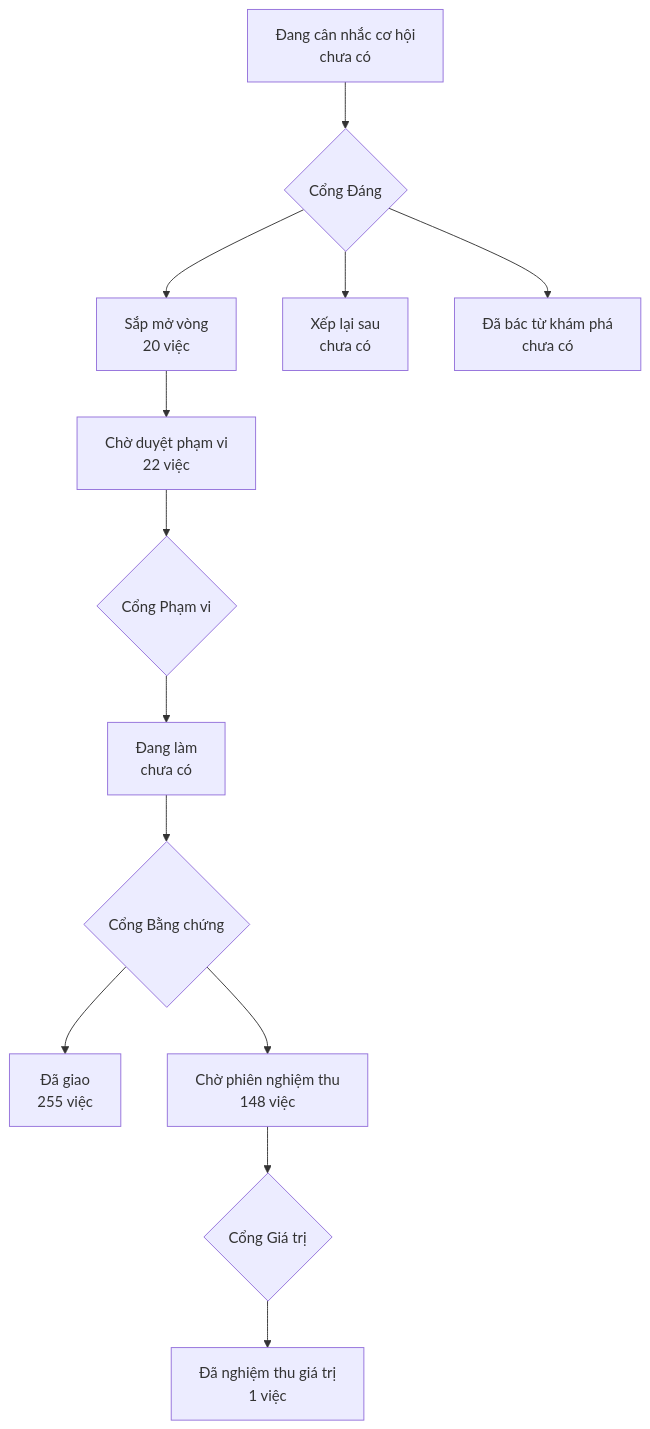
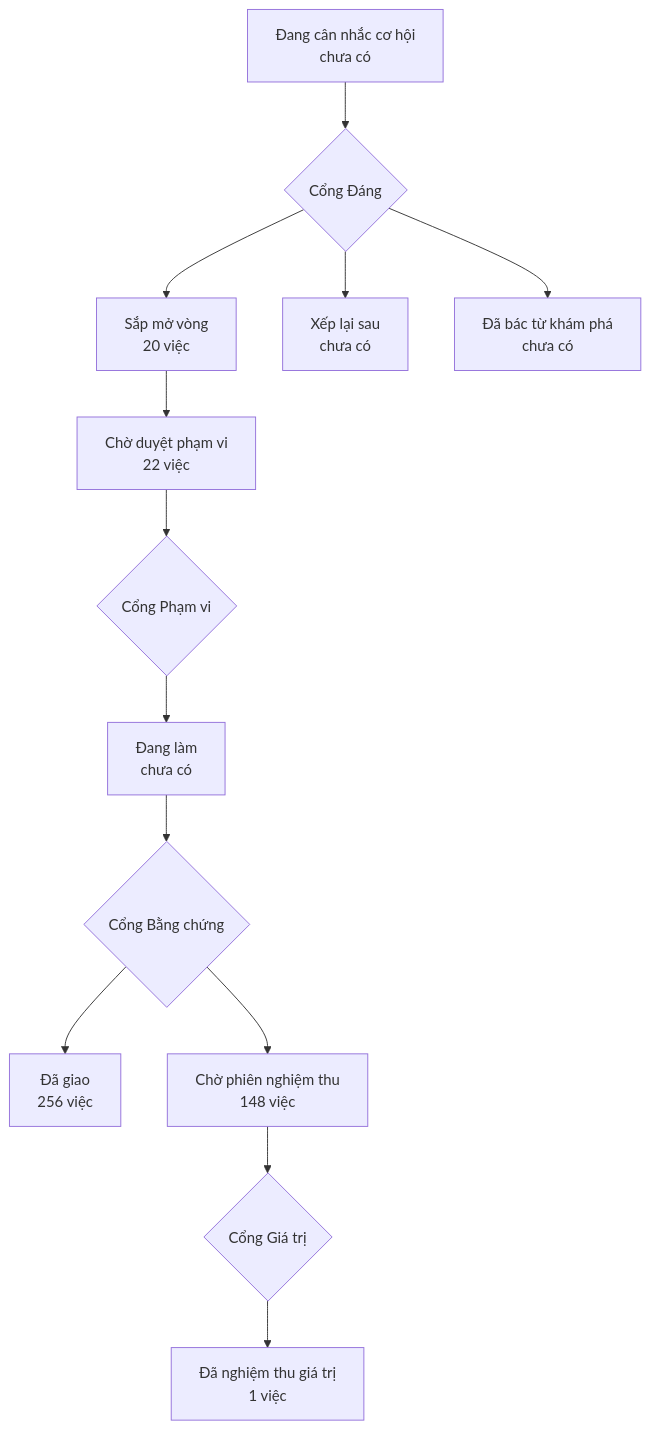
Before and after one commit to phanlemanh/onehub-invest: the diagram in PRODUCT-MAP.md, drawn with Mermaid. The commit also changed other lines of this file and 22 other files, not shown here.

````diff
--- a/PRODUCT-MAP.md
+++ b/PRODUCT-MAP.md
@@ -7,12 +7,12 @@
 ```mermaid
 flowchart TD
   A["Đang cân nhắc cơ hội<br/>chưa có"] --> GD{"Cổng Đáng"}
   GD --> B["Sắp mở vòng<br/>20 việc"]
   GD --> XL["Xếp lại sau<br/>chưa có"]
   GD --> DB["Đã bác từ khám phá<br/>chưa có"]
   B --> CD["Chờ duyệt phạm vi<br/>22 việc"] --> GP{"Cổng Phạm vi"}
   GP --> DL["Đang làm<br/>chưa có"] --> GB{"Cổng Bằng chứng"}
-  GB --> DG["Đã giao<br/>255 việc"]
+  GB --> DG["Đã giao<br/>256 việc"]
   GB --> CN["Chờ phiên nghiệm thu<br/>148 việc"] --> GG{"Cổng Giá trị"}
   GG --> NT["Đã nghiệm thu giá trị<br/>1 việc"]
 ```
````
